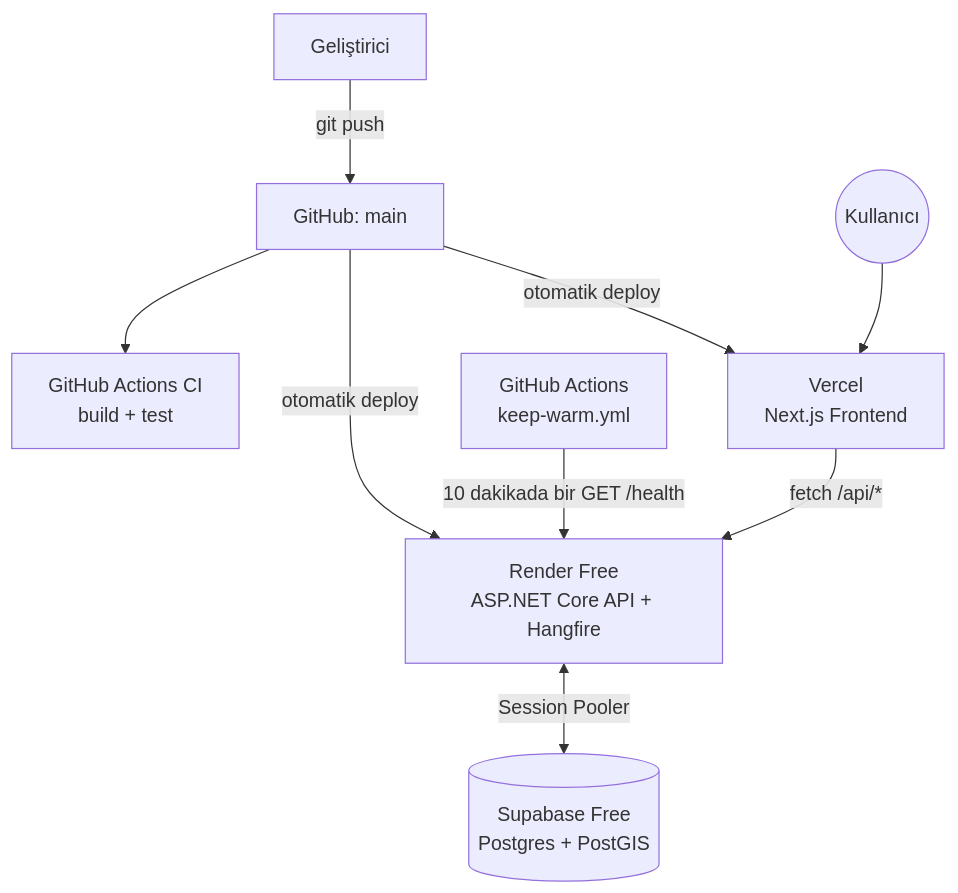
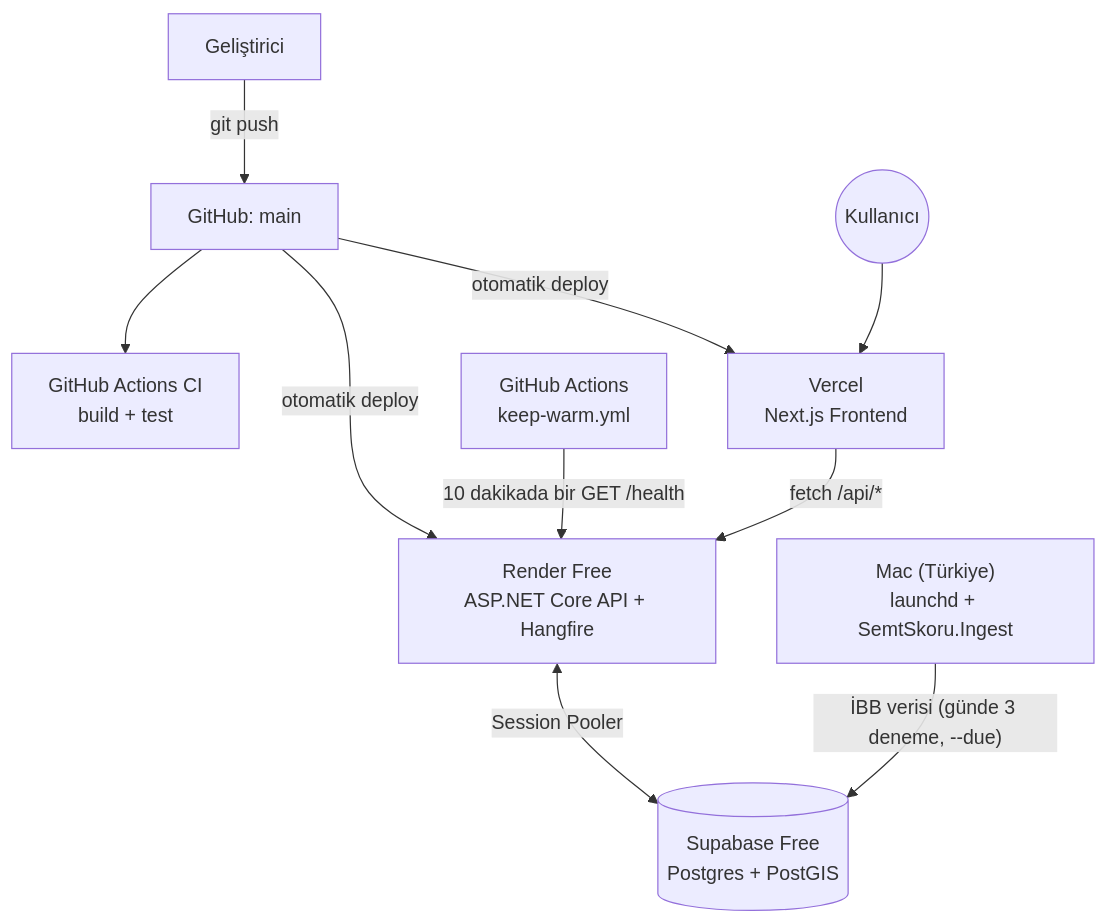
One commit to mehmetoya/SemtSkoru changed the second of 2 diagrams in README.md. Above: the diagram before and after it, drawn with Mermaid. The commit also changed other lines of this file and 5 other files, not shown here.

First line of the commit message:
feat(scripts): run İBB ingestion from a Mac in Turkey via launchd

````diff
--- a/README.md
+++ b/README.md
@@ -177,11 +179,12 @@
 ```mermaid
 flowchart TB
     DEV["Geliştirici"] -->|"git push"| GH["GitHub: main"]
     GH --> CI["GitHub Actions CI<br/>build + test"]
     GH -->|"otomatik deploy"| VERCEL["Vercel<br/>Next.js Frontend"]
     GH -->|"otomatik deploy"| RENDER["Render Free<br/>ASP.NET Core API + Hangfire"]
     RENDER <-->|"Session Pooler"| SUPABASE[("Supabase Free<br/>Postgres + PostGIS")]
     CRON["GitHub Actions<br/>keep-warm.yml"] -->|"10 dakikada bir GET /health"| RENDER
+    MAC["Mac (Türkiye)<br/>launchd + SemtSkoru.Ingest"] -->|"İBB verisi (günde 3 deneme, --due)"| SUPABASE
     VERCEL -->|"fetch /api/*"| RENDER
     KULLANICI((Kullanıcı)) --> VERCEL
 ```
````
